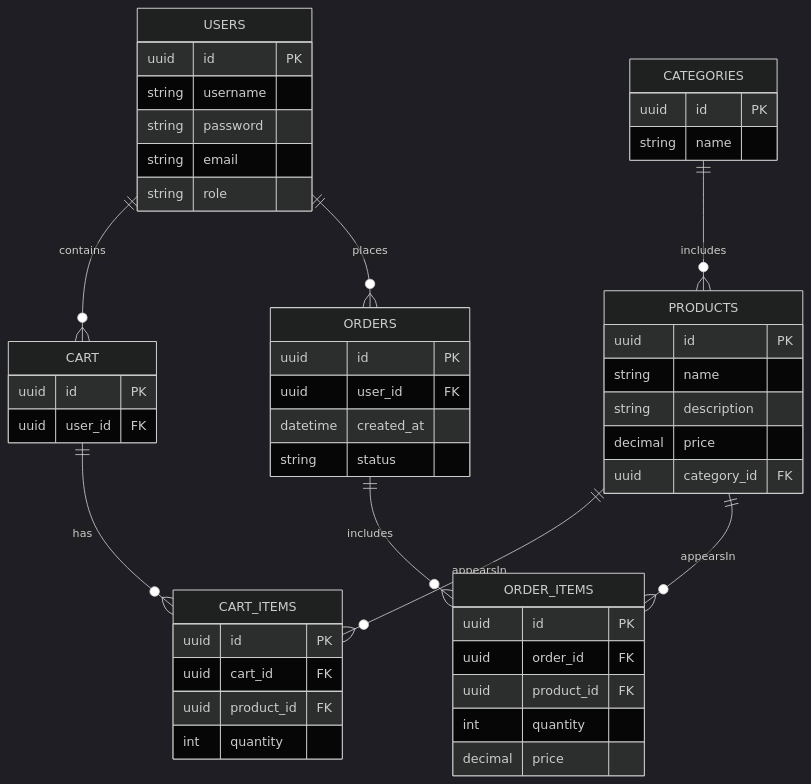
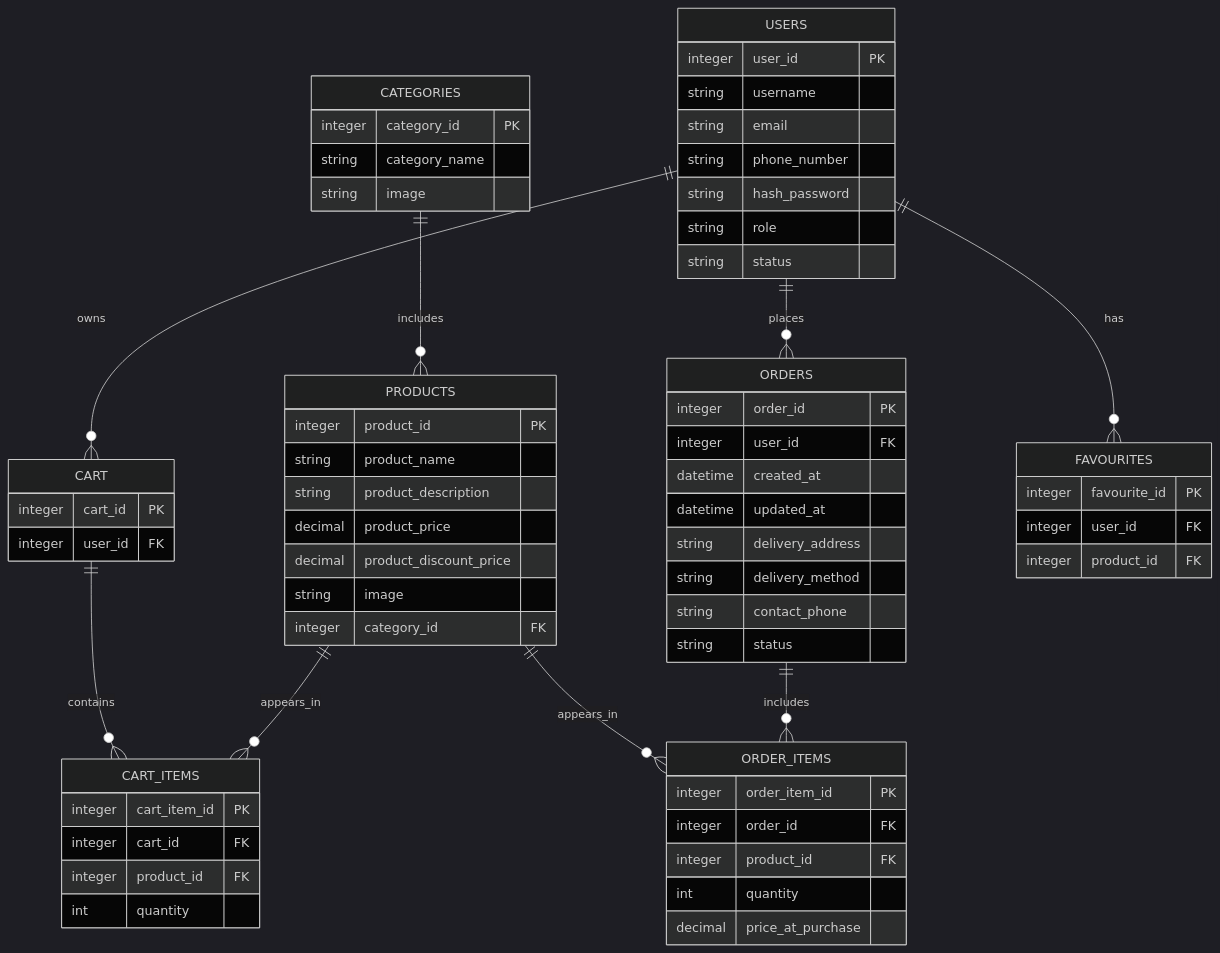
Before and after one commit to YuriyDolgikh/onlineshop: the diagram in README.md, drawn with Mermaid (dark theme). The commit also changed other lines of this file, not shown here.

````diff
--- a/README.md
+++ b/README.md
@@ -73,58 +80,75 @@
 ```mermaid
 erDiagram
     USERS {
-        uuid id PK
+        integer user_id PK
         string username
-        string password
         string email
+        string phone_number
+        string hash_password
         string role
+        string status
+    }
+
+    CART {
+        integer cart_id PK
+        integer user_id FK
+    }
+
+    CART_ITEMS {
+        integer cart_item_id PK
+        integer cart_id FK
+        integer product_id FK
+        int quantity
     }
 
     PRODUCTS {
-        uuid id PK
-        string name
-        string description
-        decimal price
-        uuid category_id FK
+        integer product_id PK
+        string product_name
+        string product_description
+        decimal product_price
+        decimal product_discount_price
+        string image
+        integer category_id FK
     }
 
     CATEGORIES {
-        uuid id PK
-        string name
-    }
-
-    CART {
-        uuid id PK
-        uuid user_id FK
-    }
-
-    CART_ITEMS {
-        uuid id PK
-        uuid cart_id FK
-        uuid product_id FK
-        int quantity
+        integer category_id PK
+        string category_name
+        string image
     }
 
     ORDERS {
-        uuid id PK
-        uuid user_id FK
+        integer order_id PK
+        integer user_id FK
         datetime created_at
+        datetime updated_at
+        string delivery_address
+        string delivery_method
+        string contact_phone
         string status
     }
 
     ORDER_ITEMS {
-        uuid id PK
-        uuid order_id FK
-        uuid product_id FK
+        integer order_item_id PK
+        integer order_id FK
+        integer product_id FK
         int quantity
-        decimal price
+        decimal price_at_purchase
     }
 
-    USERS ||--o{ CART : contains
+    FAVOURITES {
+        integer favourite_id PK
+        integer user_id FK
+        integer product_id FK
+    }
+
+    USERS ||--o{ CART : owns
     USERS ||--o{ ORDERS : places
+    USERS ||--o{ FAVOURITES : has
+    CART ||--o{ CART_ITEMS : contains
+    PRODUCTS ||--o{ CART_ITEMS : appears_in
+    PRODUCTS ||--o{ ORDER_ITEMS : appears_in
     CATEGORIES ||--o{ PRODUCTS : includes
-    CART ||--o{ CART_ITEMS : has
-    PRODUCTS ||--o{ CART_ITEMS : appearsIn
     ORDERS ||--o{ ORDER_ITEMS : includes
-    PRODUCTS ||--o{ ORDER_ITEMS : appearsIn
+
 ```
````
